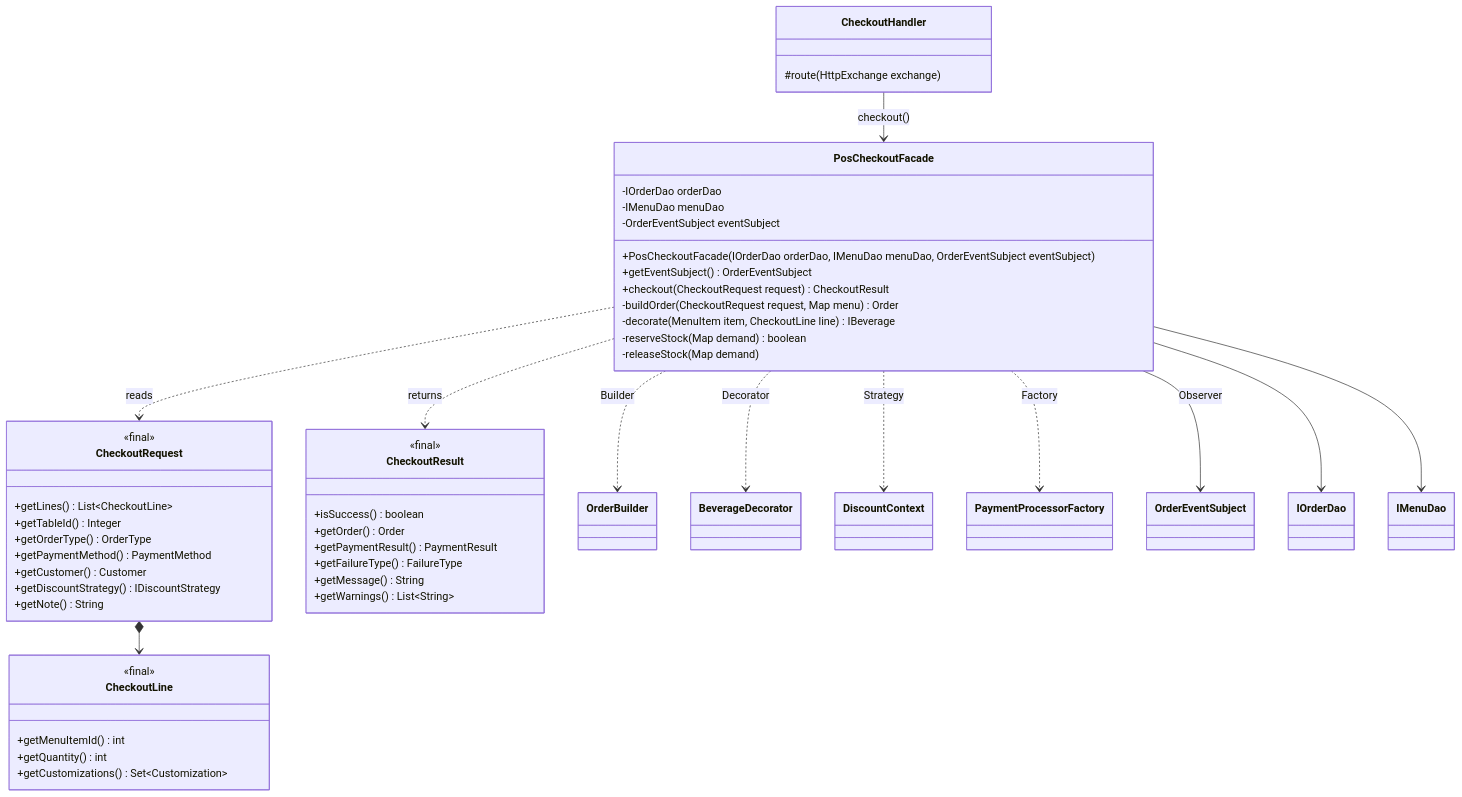
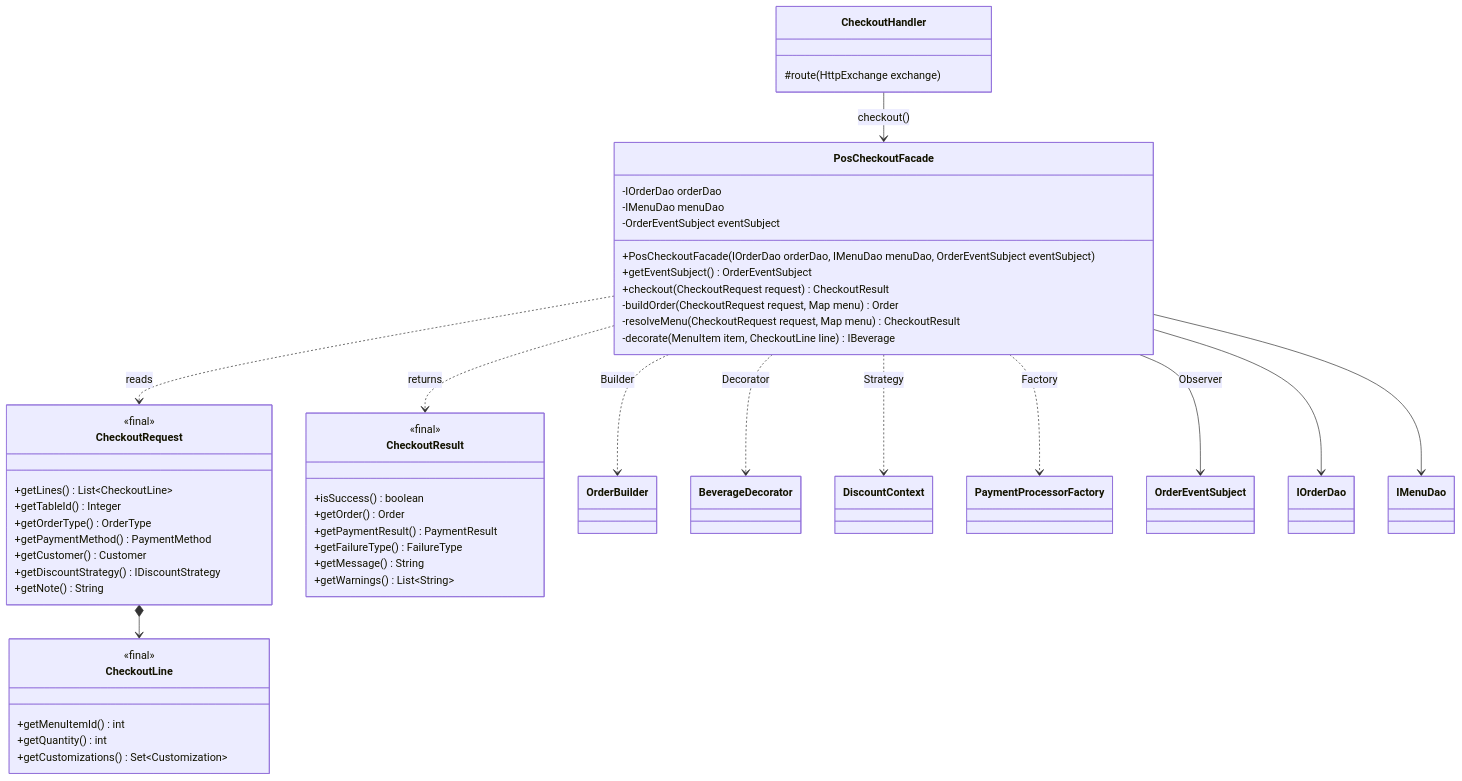
One commit to HubertPhung/WebQuanLyQuanCafe-DesignPatterns changed the sixth of 9 diagrams in docs/DESIGN_PATTERNS_SPEC.md. Above: the diagram before and after it, drawn with Mermaid. The commit also changed other lines of this file and 39 other files, not shown here.

First line of the commit message:
feat(menu): stop tracking stock quantities

````diff
--- a/docs/DESIGN_PATTERNS_SPEC.md
+++ b/docs/DESIGN_PATTERNS_SPEC.md
@@ -734,59 +733,58 @@
 ```mermaid
 classDiagram
     class PosCheckoutFacade {
         -IOrderDao orderDao
         -IMenuDao menuDao
         -OrderEventSubject eventSubject
         +PosCheckoutFacade(IOrderDao orderDao, IMenuDao menuDao, OrderEventSubject eventSubject)
         +getEventSubject() OrderEventSubject
         +checkout(CheckoutRequest request) CheckoutResult
         -buildOrder(CheckoutRequest request, Map menu) Order
+        -resolveMenu(CheckoutRequest request, Map menu) CheckoutResult
         -decorate(MenuItem item, CheckoutLine line) IBeverage
-        -reserveStock(Map demand) boolean
-        -releaseStock(Map demand)
     }
 
     class CheckoutRequest {
         <<final>>
         +getLines() List~CheckoutLine~
         +getTableId() Integer
         +getOrderType() OrderType
         +getPaymentMethod() PaymentMethod
         +getCustomer() Customer
         +getDiscountStrategy() IDiscountStrategy
         +getNote() String
     }
 
     class CheckoutLine {
         <<final>>
         +getMenuItemId() int
         +getQuantity() int
         +getCustomizations() Set~Customization~
     }
 
     class CheckoutResult {
         <<final>>
         +isSuccess() boolean
         +getOrder() Order
         +getPaymentResult() PaymentResult
         +getFailureType() FailureType
         +getMessage() String
         +getWarnings() List~String~
     }
 
     class CheckoutHandler {
         #route(HttpExchange exchange)
     }
 
     CheckoutHandler --> PosCheckoutFacade : checkout()
     PosCheckoutFacade ..> CheckoutRequest : reads
     PosCheckoutFacade ..> CheckoutResult : returns
     CheckoutRequest *--> CheckoutLine
     PosCheckoutFacade ..> OrderBuilder : Builder
     PosCheckoutFacade ..> BeverageDecorator : Decorator
     PosCheckoutFacade ..> DiscountContext : Strategy
     PosCheckoutFacade ..> PaymentProcessorFactory : Factory
     PosCheckoutFacade --> OrderEventSubject : Observer
     PosCheckoutFacade --> IOrderDao
     PosCheckoutFacade --> IMenuDao
 ```
````
